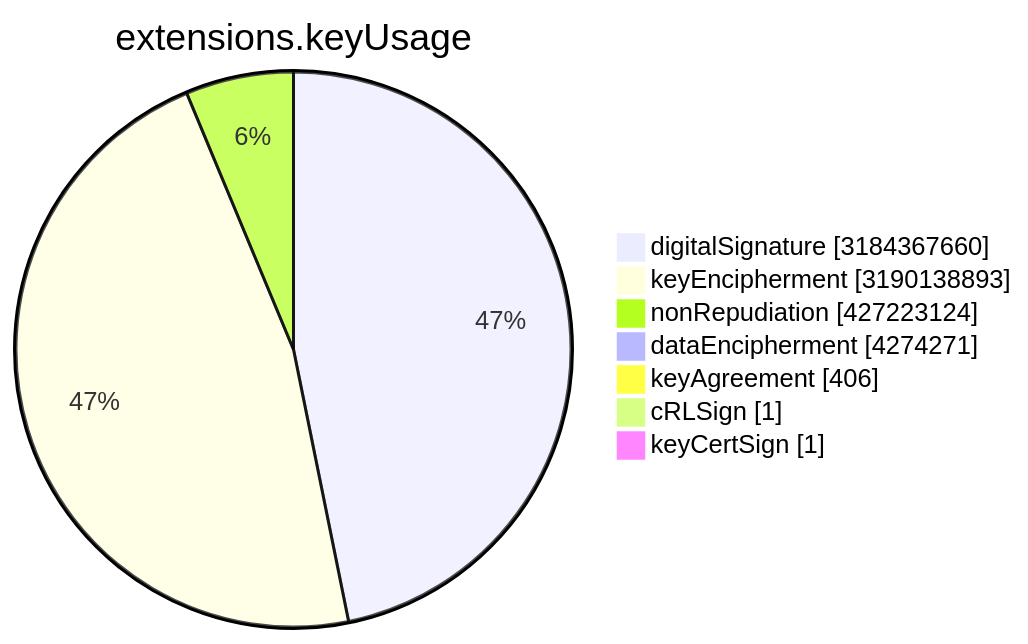
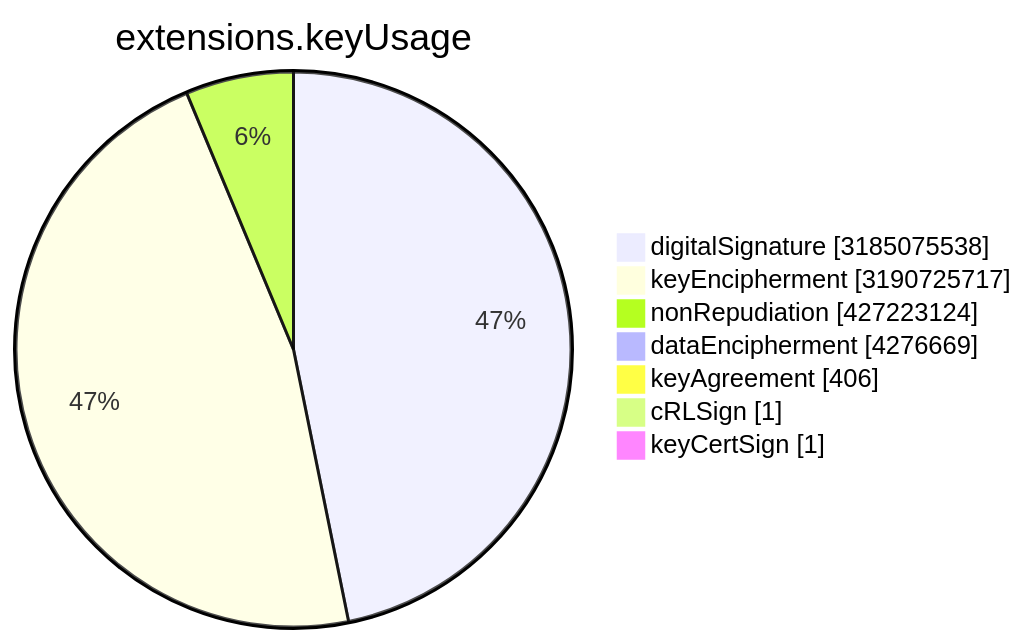
The sixth of 15 diagrams in TOTAL/README.md (christiankrug/ctmonitor_visualization), drawn with Mermaid before and after one commit. The commit also changed other lines of this file, not shown here.

````diff
--- a/TOTAL/README.md
+++ b/TOTAL/README.md
@@ -3077,11 +3077,11 @@
 ```mermaid
 pie showData
 title extensions.keyUsage
-"digitalSignature" :3184367660
-"keyEncipherment" :3190138893
+"digitalSignature" :3185075538
+"keyEncipherment" :3190725717
 "nonRepudiation" :427223124
-"dataEncipherment" :4274271
+"dataEncipherment" :4276669
 "keyAgreement" :406
 "cRLSign" :1
 "keyCertSign" :1
 ```
````
